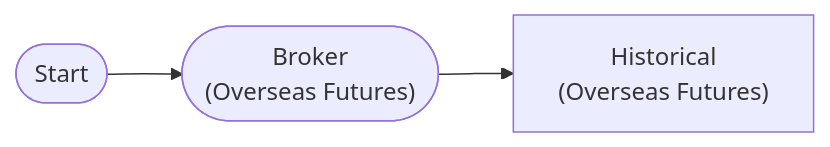
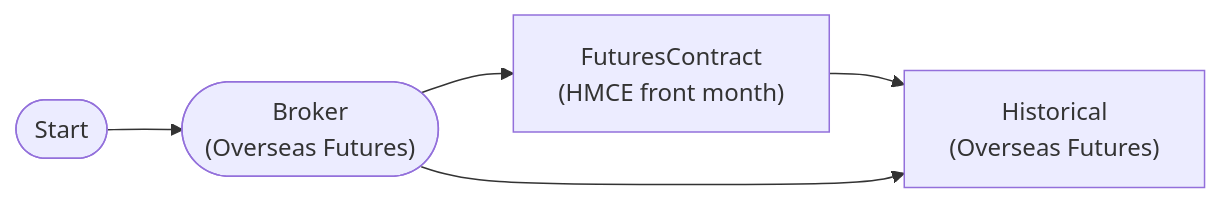
One commit to programgarden/programgarden changed the diagram in src/programgarden/examples/workflows/06-historical-futures-data.md. Above: the diagram before and after it, drawn with Mermaid. The commit also changed other lines of this file and 43 other files, not shown here.

First line of the commit message:
feat(futures): 월물 하드코딩 근본 제거 — FuturesContractNode 신설 + 예제 16건 전환

````diff
--- a/src/programgarden/examples/workflows/06-historical-futures-data.md
+++ b/src/programgarden/examples/workflows/06-historical-futures-data.md
@@ -7,10 +7,14 @@
 ```mermaid
 graph LR
     start(["Start"])
     broker(["Broker
 (Overseas Futures)"])
+    contract["FuturesContract
+(HMCE front month)"]
     historical["Historical
 (Overseas Futures)"]
     start --> broker
+    broker --> contract
+    contract --> historical
     broker --> historical
 ```
````
